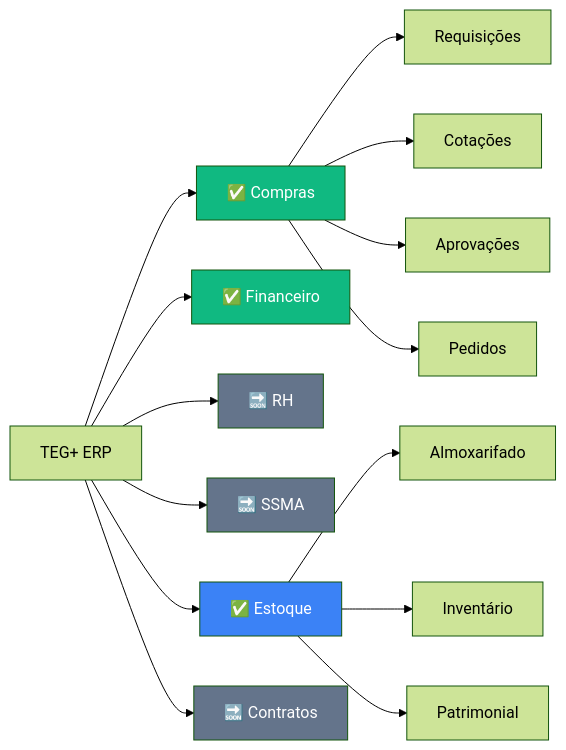
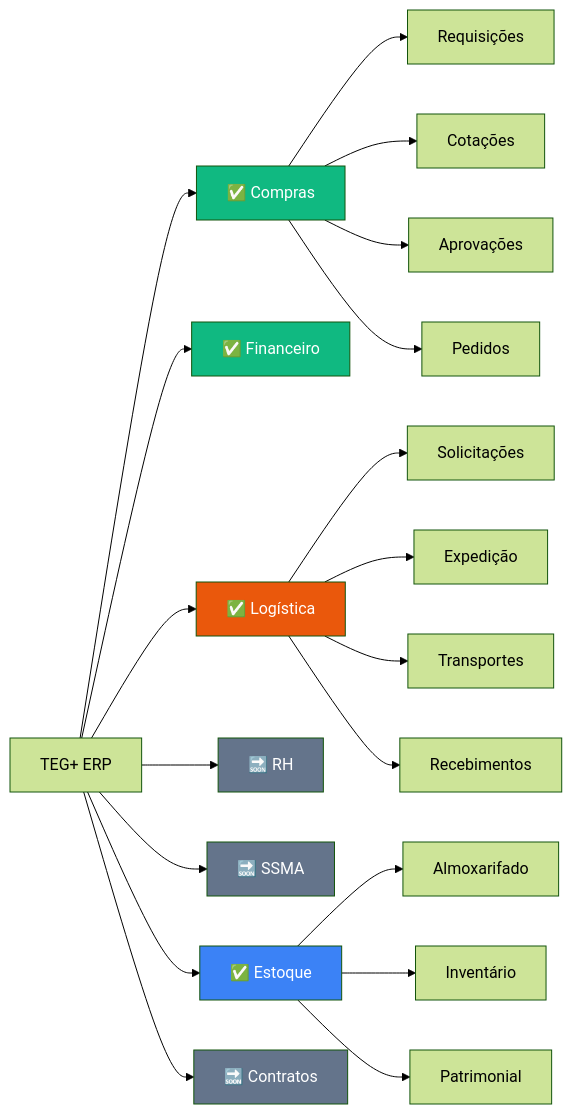
Before and after one commit to leandroteg/teg-plus: the second of 2 diagrams in docs/obsidian/00 - TEG+ INDEX.md, drawn with Mermaid (forest theme). The commit also changed other lines of this file and 15 other files, not shown here.

First line of the commit message:
feat(logistica): implementa módulo completo de Logística e Transportes

````diff
--- a/docs/obsidian/00 - TEG+ INDEX.md
+++ b/docs/obsidian/00 - TEG+ INDEX.md
@@ -83,25 +84,32 @@
 ```mermaid
 graph LR
     M[TEG+ ERP] --> C[✅ Compras]
     M --> F[✅ Financeiro]
+    M --> L[✅ Logística]
     M --> R[🔜 RH]
     M --> S[🔜 SSMA]
     M --> E[✅ Estoque]
     M --> K[🔜 Contratos]
 
     C --> C1[Requisições]
     C --> C2[Cotações]
     C --> C3[Aprovações]
     C --> C4[Pedidos]
 
     E --> E1[Almoxarifado]
     E --> E2[Inventário]
     E --> E3[Patrimonial]
 
+    L --> L1[Solicitações]
+    L --> L2[Expedição]
+    L --> L3[Transportes]
+    L --> L4[Recebimentos]
+
     style C fill:#10B981,color:#fff
     style F fill:#10B981,color:#fff
     style E fill:#3B82F6,color:#fff
+    style L fill:#EA580C,color:#fff
     style R fill:#64748B,color:#fff
     style S fill:#64748B,color:#fff
     style K fill:#64748B,color:#fff
 ```
````
